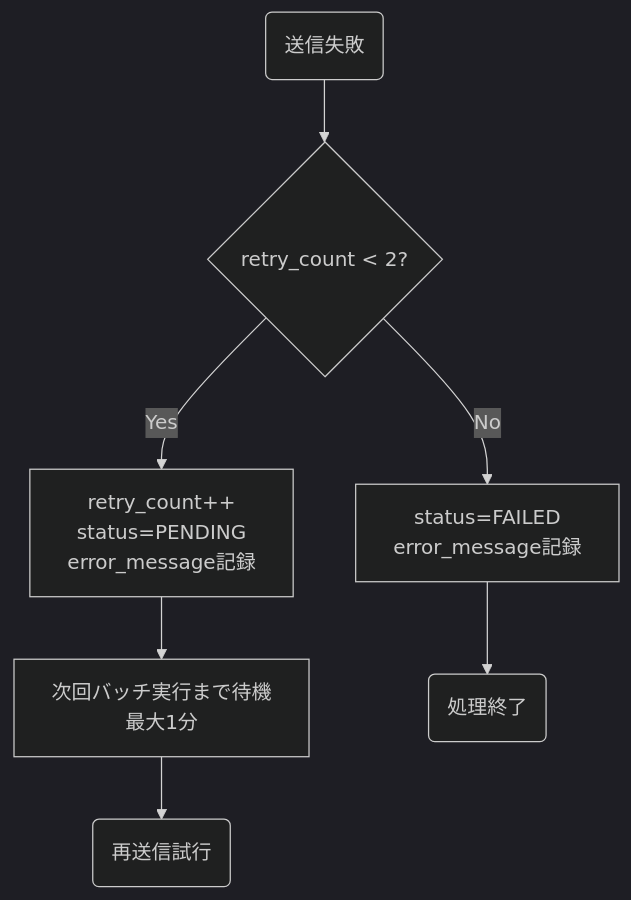
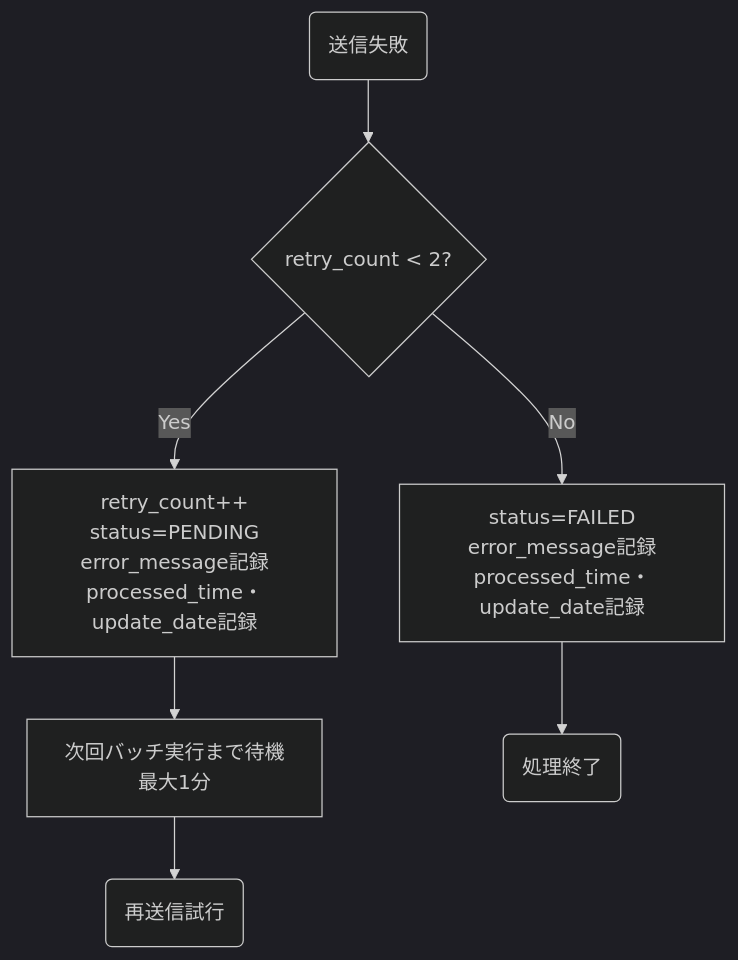
The second of 2 diagrams in docs/03-features/batch/scheduled-email-job/README.md (NSW-SVCP-AIWG002/Databricks-IoT), drawn with Mermaid (dark theme) before and after one commit. The commit also changed other lines of this file and 5 other files, not shown here.

````diff
--- a/docs/03-features/batch/scheduled-email-job/README.md
+++ b/docs/03-features/batch/scheduled-email-job/README.md
@@ -216,9 +233,9 @@
 ```mermaid
 flowchart TB
     A(送信失敗) --> B{retry_count < 2?}
-    B -->|Yes| C[retry_count++<br>status=PENDING<br>error_message記録]
-    B -->|No| D[status=FAILED<br>error_message記録]
+    B -->|Yes| C[retry_count++<br>status=PENDING<br>error_message記録<br>processed_time・update_date記録]
+    B -->|No| D[status=FAILED<br>error_message記録<br>processed_time・update_date記録]
     C --> E[次回バッチ実行まで待機<br>最大1分]
     E --> F(再送信試行)
     D --> G(処理終了)
 ```
````
